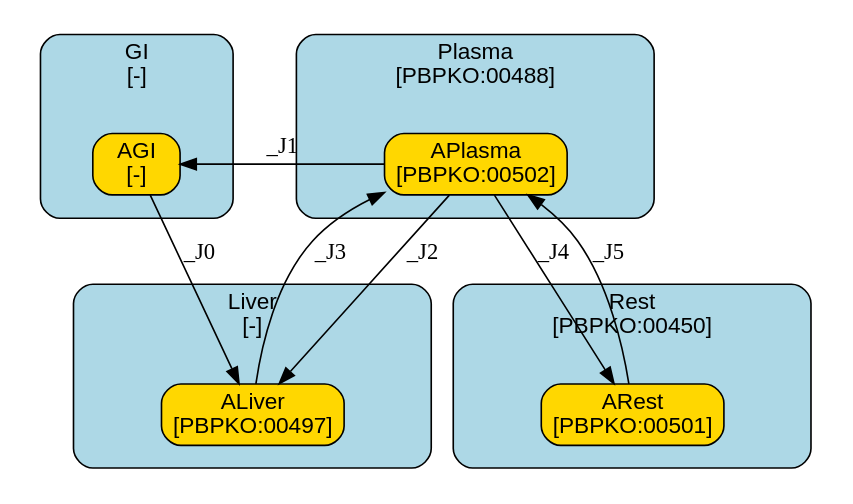
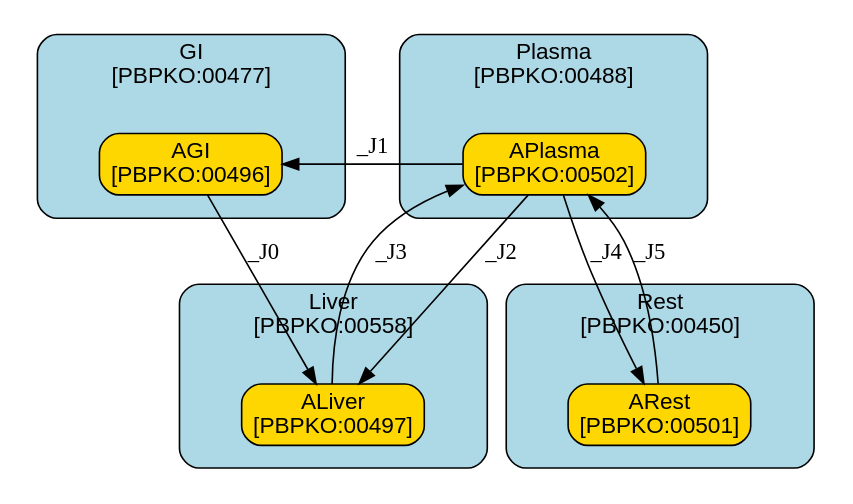
The diagram in models/oral/PFAS/Loccisano_PFOA/summary.dot (fair-pbk/exposure-route-pbk-models), drawn with Graphviz before and after one commit. The commit also changed 79 other files, not shown here.

```diff
--- a/models/oral/PFAS/Loccisano_PFOA/summary.dot
+++ b/models/oral/PFAS/Loccisano_PFOA/summary.dot
@@ -1,84 +1,84 @@
 digraph {
 	graph [ratio=fill,
 		size="7,4"
 	];
 	node [fontname=Arial];
 	subgraph cluster_GI {
 		graph [color=black,
 			fillcolor=lightblue,
 			fontname=Arial,
 			href="#compartment-GI",
 			label="GI
-[-]",
+[PBPKO:00477]",
 			shape=box,
 			style="filled,rounded"
 		];
 		AGI	[color=black,
 			fillcolor=gold,
 			href="#species-AGI",
 			label="AGI
-[-]",
+[PBPKO:00496]",
 			shape=box,
 			style="filled,rounded"];
 	}
 	subgraph cluster_Liver {
 		graph [color=black,
 			fillcolor=lightblue,
 			fontname=Arial,
 			href="#compartment-Liver",
 			label="Liver
-[-]",
+[PBPKO:00558]",
 			shape=box,
 			style="filled,rounded"
 		];
 		ALiver	[color=black,
 			fillcolor=gold,
 			href="#species-ALiver",
 			label="ALiver
 [PBPKO:00497]",
 			shape=box,
 			style="filled,rounded"];
 	}
 	subgraph cluster_Plasma {
 		graph [color=black,
 			fillcolor=lightblue,
 			fontname=Arial,
 			href="#compartment-Plasma",
 			label="Plasma
 [PBPKO:00488]",
 			shape=box,
 			style="filled,rounded"
 		];
 		APlasma	[color=black,
 			fillcolor=gold,
 			href="#species-APlasma",
 			label="APlasma
 [PBPKO:00502]",
 			shape=box,
 			style="filled,rounded"];
 	}
 	subgraph cluster_Rest {
 		graph [color=black,
 			fillcolor=lightblue,
 			fontname=Arial,
 			href="#compartment-Rest",
 			label="Rest
 [PBPKO:00450]",
 			shape=box,
 			style="filled,rounded"
 		];
 		ARest	[color=black,
 			fillcolor=gold,
 			href="#species-ARest",
 			label="ARest
 [PBPKO:00501]",
 			shape=box,
 			style="filled,rounded"];
 	}
 	AGI -> ALiver	[label=_J0];
 	ALiver -> APlasma	[label=_J3];
 	APlasma -> AGI	[label=_J1];
 	APlasma -> ALiver	[label=_J2];
 	APlasma -> ARest	[label=_J4];
 	ARest -> APlasma	[label=_J5];
 }
```
